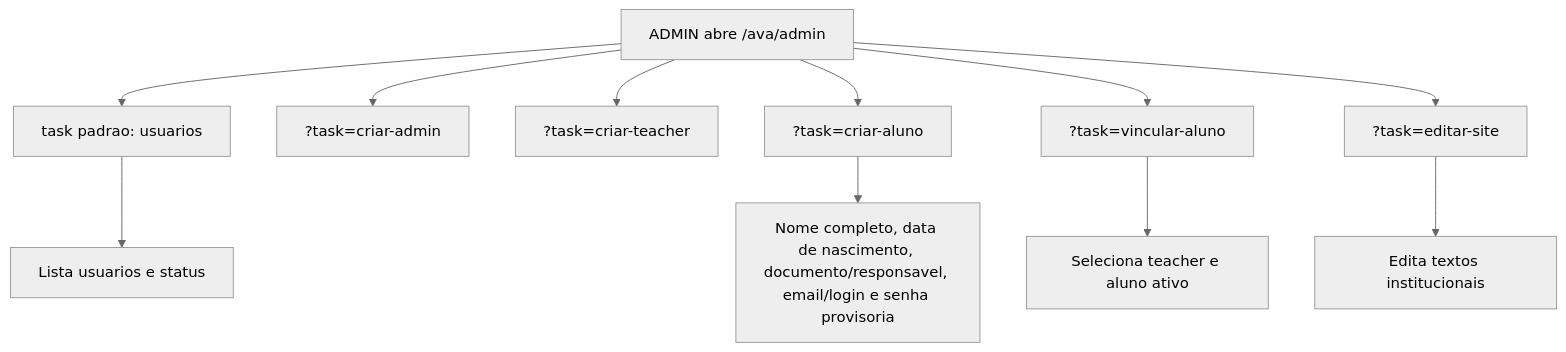
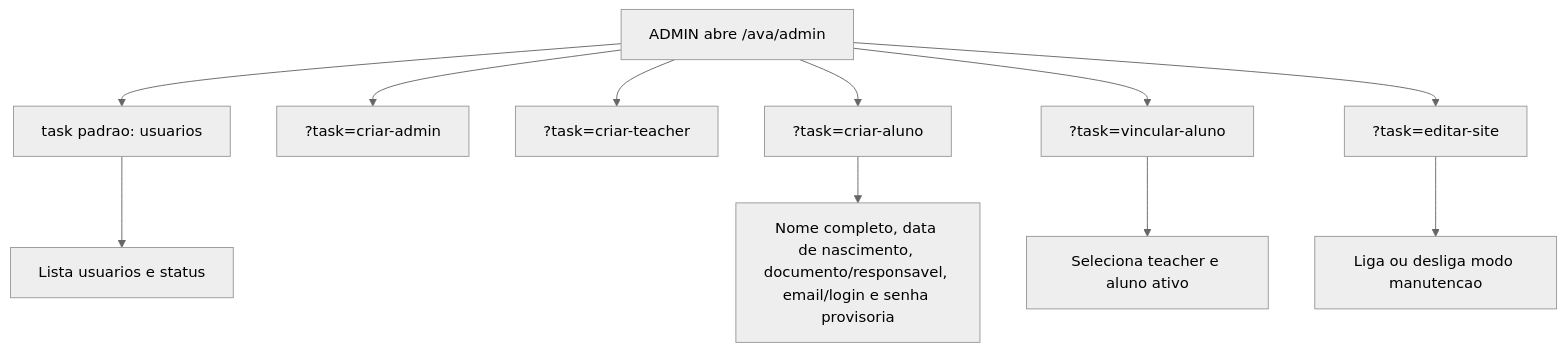
Before and after one commit to WilliYY/Candy-English: the eighth of 10 diagrams in docs/fluxos-ava.md, drawn with Mermaid (neutral theme). The commit also changed other lines of this file and 32 other files, not shown here.

````diff
--- a/docs/fluxos-ava.md
+++ b/docs/fluxos-ava.md
@@ -166,13 +166,13 @@
 ```mermaid
 flowchart TD
   A["ADMIN abre /ava/admin"] --> B["task padrao: usuarios"]
   B --> C["Lista usuarios e status"]
   A --> D["?task=criar-admin"]
   A --> E["?task=criar-teacher"]
   A --> F["?task=criar-aluno"]
   F --> F1["Nome completo, data de nascimento, documento/responsavel, email/login e senha provisoria"]
   A --> G["?task=vincular-aluno"]
   G --> G1["Seleciona teacher e aluno ativo"]
   A --> H["?task=editar-site"]
-  H --> H1["Edita textos institucionais"]
+  H --> H1["Liga ou desliga modo manutencao"]
 ```
````
